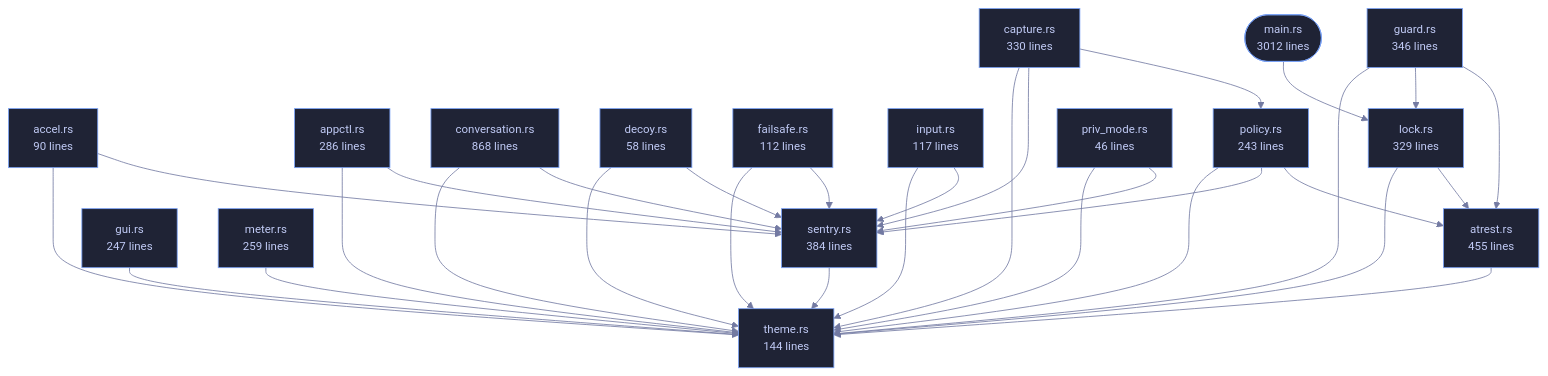
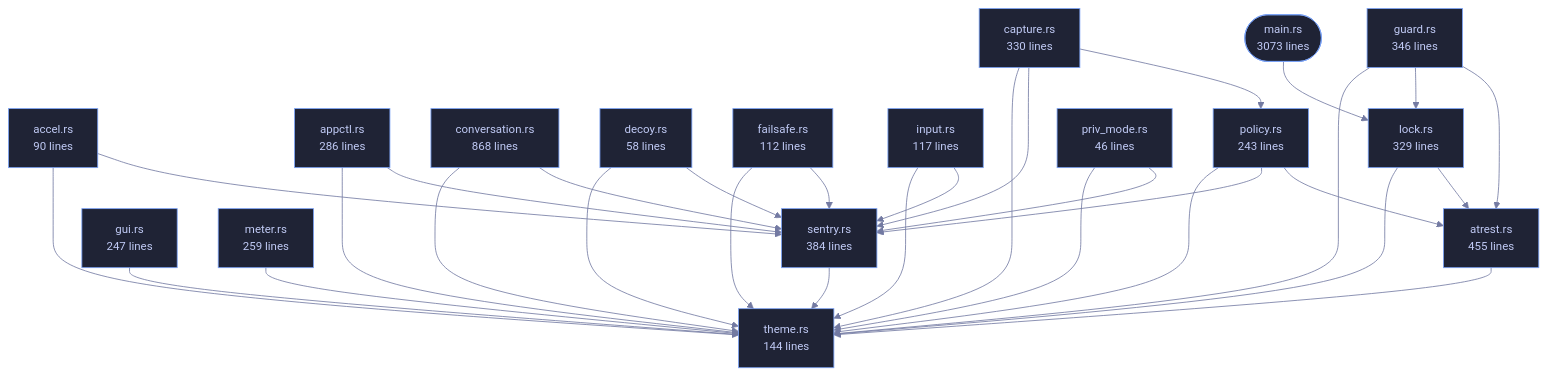
One commit to tilas01/veilvoice changed the diagram in crates/veilvoice-cli/README.md. Above: the diagram before and after it, drawn with Mermaid. The commit also changed other lines of this file and 102 other files, not shown here.

````diff
--- a/crates/veilvoice-cli/README.md
+++ b/crates/veilvoice-cli/README.md
@@ -110,68 +110,68 @@
 ```mermaid
 %%{init: {"theme":"base","themeVariables":{"background":"#1a1b26","primaryColor":"#1f2335","primaryTextColor":"#c0caf5","primaryBorderColor":"#7aa2f7","secondaryColor":"#16161e","tertiaryColor":"#16161e","lineColor":"#737aa2","textColor":"#c0caf5","mainBkg":"#1f2335","nodeBorder":"#7aa2f7","clusterBkg":"#16161e","clusterBorder":"#2f3549","fontFamily":"ui-monospace, SFMono-Regular, Consolas, monospace","fontSize":"14px"}}}%%
 flowchart TD
-    n_main(["main.rs<br/>3012 lines"])
+    n_main(["main.rs<br/>3073 lines"])
     n_accel["accel.rs<br/>90 lines"]
     n_appctl["appctl.rs<br/>286 lines"]
     n_atrest["atrest.rs<br/>455 lines"]
     n_capture["capture.rs<br/>330 lines"]
     n_conversation["conversation.rs<br/>868 lines"]
     n_decoy["decoy.rs<br/>58 lines"]
     n_failsafe["failsafe.rs<br/>112 lines"]
     n_guard["guard.rs<br/>346 lines"]
     n_gui["gui.rs<br/>247 lines"]
     n_input["input.rs<br/>117 lines"]
     n_lock["lock.rs<br/>329 lines"]
     n_meter["meter.rs<br/>259 lines"]
     n_policy["policy.rs<br/>243 lines"]
     n_priv_mode["priv_mode.rs<br/>46 lines"]
     n_sentry["sentry.rs<br/>384 lines"]
     n_theme["theme.rs<br/>144 lines"]
     n_accel --> n_sentry
     n_accel --> n_theme
     n_appctl --> n_sentry
     n_appctl --> n_theme
     n_atrest --> n_theme
     n_capture --> n_policy
     n_capture --> n_sentry
     n_capture --> n_theme
     n_conversation --> n_sentry
     n_conversation --> n_theme
     n_decoy --> n_sentry
     n_decoy --> n_theme
     n_failsafe --> n_sentry
     n_failsafe --> n_theme
     n_guard --> n_atrest
     n_guard --> n_lock
     n_guard --> n_theme
     n_gui --> n_theme
     n_input --> n_sentry
     n_input --> n_theme
     n_lock --> n_atrest
     n_lock --> n_theme
     n_main --> n_lock
     n_meter --> n_theme
     n_policy --> n_atrest
     n_policy --> n_sentry
     n_policy --> n_theme
     n_priv_mode --> n_sentry
     n_priv_mode --> n_theme
     n_sentry --> n_theme
     click n_main href "https://github.com/tilas01/veilvoice/blob/main/crates/veilvoice-cli/src/main.rs" "open the source"
     click n_accel href "https://github.com/tilas01/veilvoice/blob/main/crates/veilvoice-cli/src/accel.rs" "open the source"
     click n_appctl href "https://github.com/tilas01/veilvoice/blob/main/crates/veilvoice-cli/src/appctl.rs" "open the source"
     click n_atrest href "https://github.com/tilas01/veilvoice/blob/main/crates/veilvoice-cli/src/atrest.rs" "open the source"
     click n_capture href "https://github.com/tilas01/veilvoice/blob/main/crates/veilvoice-cli/src/capture.rs" "open the source"
     click n_conversation href "https://github.com/tilas01/veilvoice/blob/main/crates/veilvoice-cli/src/conversation.rs" "open the source"
     click n_decoy href "https://github.com/tilas01/veilvoice/blob/main/crates/veilvoice-cli/src/decoy.rs" "open the source"
     click n_failsafe href "https://github.com/tilas01/veilvoice/blob/main/crates/veilvoice-cli/src/failsafe.rs" "open the source"
     click n_guard href "https://github.com/tilas01/veilvoice/blob/main/crates/veilvoice-cli/src/guard.rs" "open the source"
     click n_gui href "https://github.com/tilas01/veilvoice/blob/main/crates/veilvoice-cli/src/gui.rs" "open the source"
     click n_input href "https://github.com/tilas01/veilvoice/blob/main/crates/veilvoice-cli/src/input.rs" "open the source"
     click n_lock href "https://github.com/tilas01/veilvoice/blob/main/crates/veilvoice-cli/src/lock.rs" "open the source"
     click n_meter href "https://github.com/tilas01/veilvoice/blob/main/crates/veilvoice-cli/src/meter.rs" "open the source"
     click n_policy href "https://github.com/tilas01/veilvoice/blob/main/crates/veilvoice-cli/src/policy.rs" "open the source"
     click n_priv_mode href "https://github.com/tilas01/veilvoice/blob/main/crates/veilvoice-cli/src/priv_mode.rs" "open the source"
     click n_sentry href "https://github.com/tilas01/veilvoice/blob/main/crates/veilvoice-cli/src/sentry.rs" "open the source"
     click n_theme href "https://github.com/tilas01/veilvoice/blob/main/crates/veilvoice-cli/src/theme.rs" "open the source"
 ```
````
